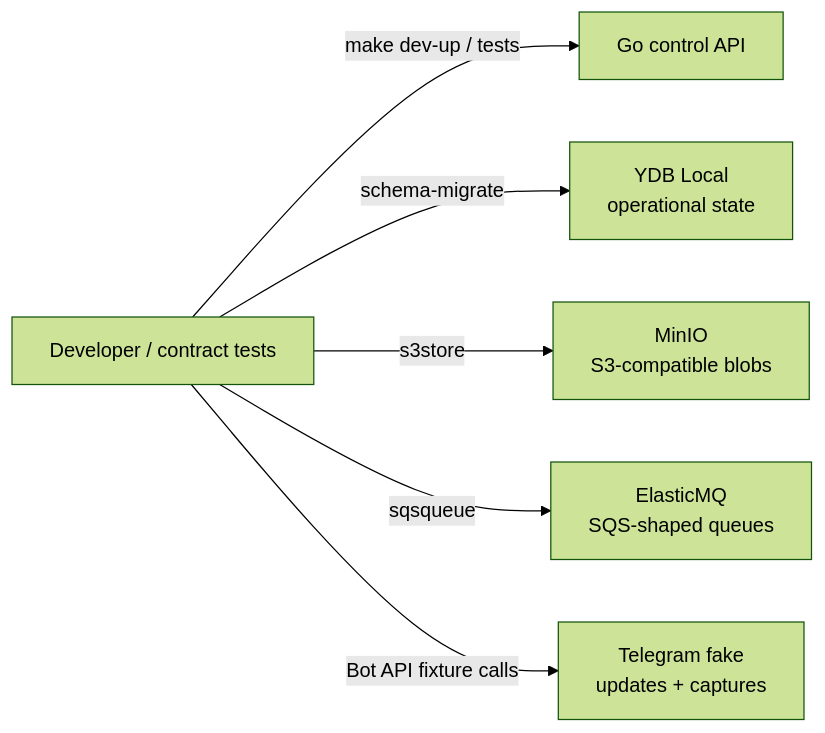
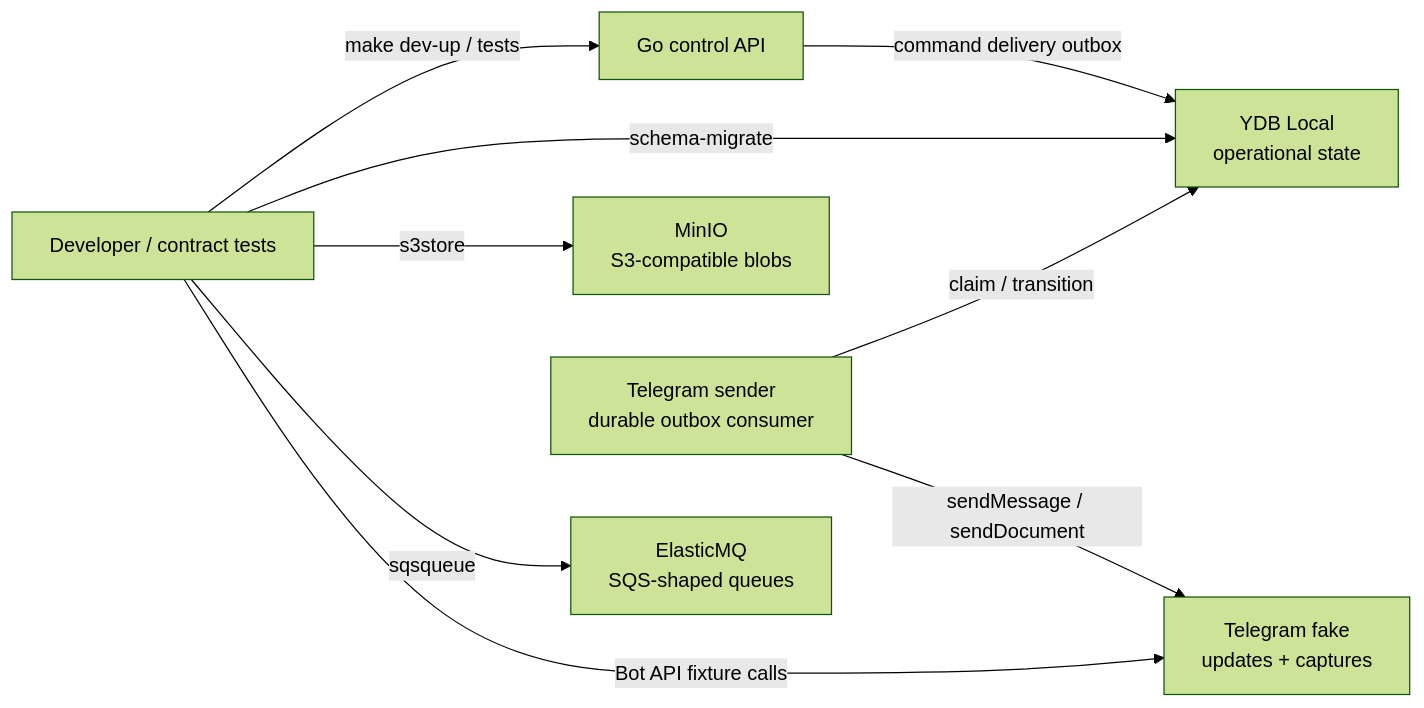
Before and after one commit to urandon/sessionless: the diagram in docs/local-development-stand.md, drawn with Mermaid (forest theme). The commit also changed other lines of this file and 22 other files, not shown here.

Commit message:
feat: add durable Telegram command flows

````diff
--- a/docs/local-development-stand.md
+++ b/docs/local-development-stand.md
@@ -14,15 +14,19 @@
 ```mermaid
 flowchart LR
     Developer["Developer / contract tests"]
     Control["Go control API"]
     YDB["YDB Local<br/>operational state"]
     MinIO["MinIO<br/>S3-compatible blobs"]
     Queue["ElasticMQ<br/>SQS-shaped queues"]
     Telegram["Telegram fake<br/>updates + captures"]
+    Sender["Telegram sender<br/>durable outbox consumer"]
 
     Developer -->|"make dev-up / tests"| Control
     Developer -->|"schema-migrate"| YDB
     Developer -->|"s3store"| MinIO
     Developer -->|"sqsqueue"| Queue
     Developer -->|"Bot API fixture calls"| Telegram
+    Control -->|"command delivery outbox"| YDB
+    Sender -->|"claim / transition"| YDB
+    Sender -->|"sendMessage / sendDocument"| Telegram
 ```
````
